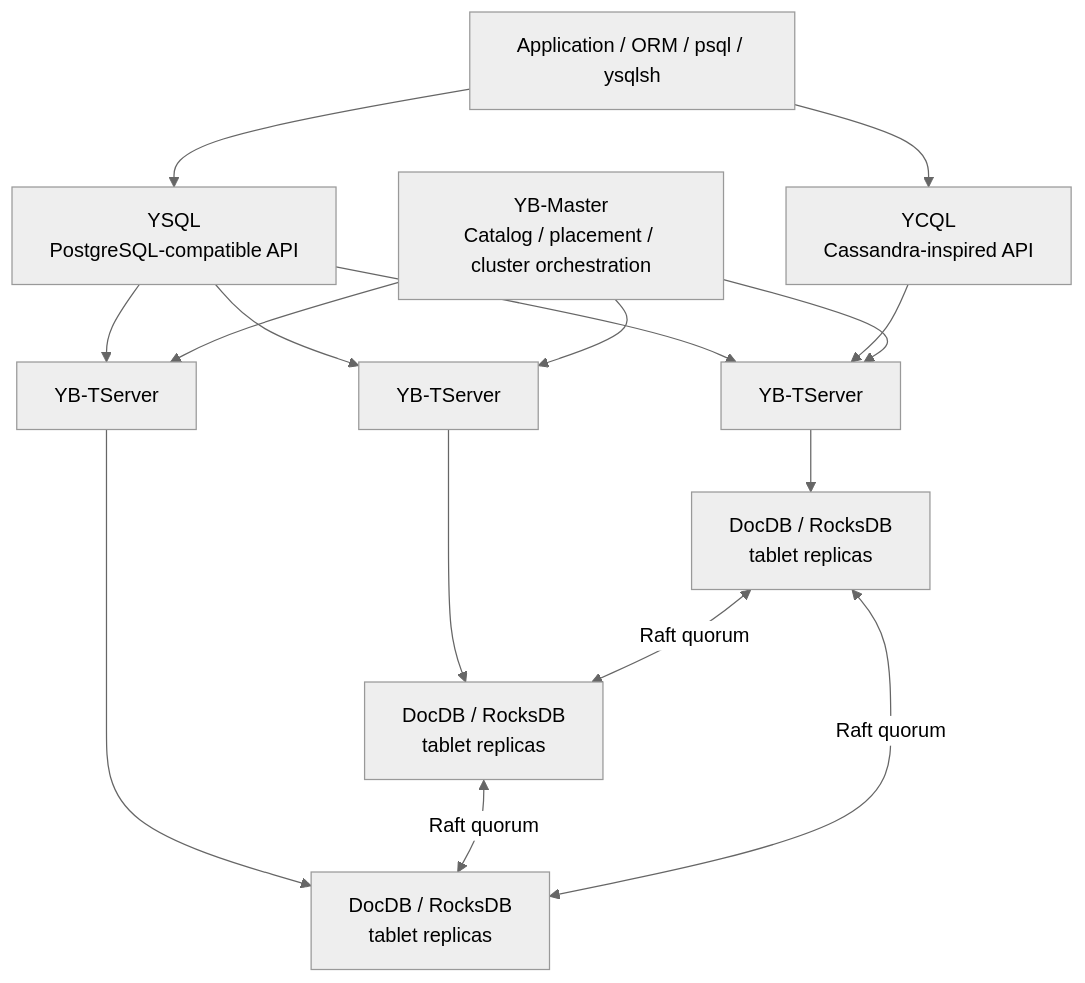
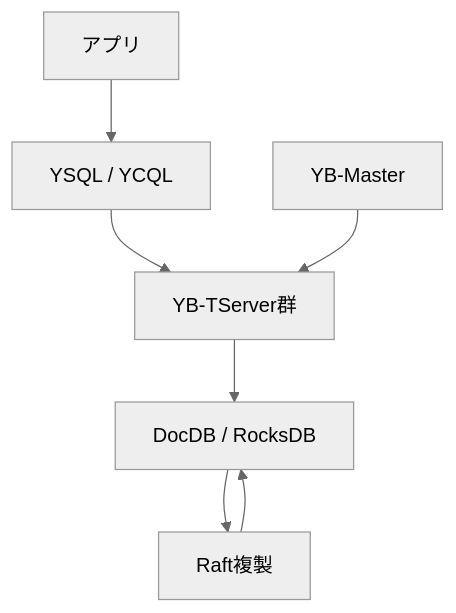
One commit to daylight55/research changed the second of 3 diagrams in src/content/blog/newsql-yugabyte-brief.mdx. Above: the diagram before and after it, drawn with Mermaid (neutral theme). The commit also changed other lines of this file and 20 other files, not shown here.

Commit message:
Mermaid図の表示サイズを調整

````diff
--- a/src/content/blog/newsql-yugabyte-brief.mdx
+++ b/src/content/blog/newsql-yugabyte-brief.mdx
@@ -94,18 +94,9 @@
 ```mermaid
 flowchart TB
-  App["Application / ORM / psql / ysqlsh"] --> YSQL["YSQL<br/>PostgreSQL-compatible API"]
-  App --> YCQL["YCQL<br/>Cassandra-inspired API"]
-  YSQL --> T1["YB-TServer"]
-  YCQL --> T1
-  YSQL --> T2["YB-TServer"]
-  YSQL --> T3["YB-TServer"]
-  M["YB-Master<br/>Catalog / placement / cluster orchestration"] --> T1
-  M --> T2
-  M --> T3
-  T1 --> D1["DocDB / RocksDB<br/>tablet replicas"]
-  T2 --> D2["DocDB / RocksDB<br/>tablet replicas"]
-  T3 --> D3["DocDB / RocksDB<br/>tablet replicas"]
-  D1 <-->|"Raft quorum"| D2
-  D2 <-->|"Raft quorum"| D3
-  D1 <-->|"Raft quorum"| D3
+  App["アプリ"] --> API["YSQL / YCQL"]
+  API --> TS["YB-TServer群"]
+  Master["YB-Master"] --> TS
+  TS --> Doc["DocDB / RocksDB"]
+  Doc --> Raft["Raft複製"]
+  Raft --> Doc
 ```
````
